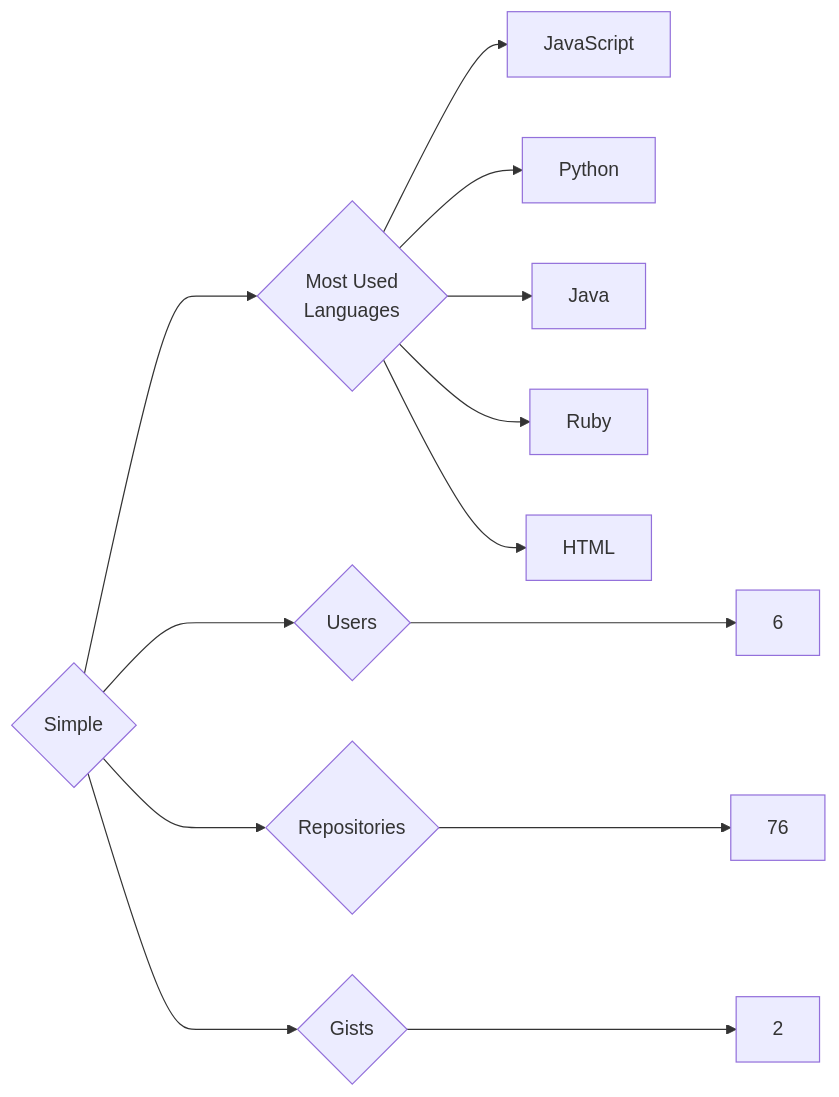
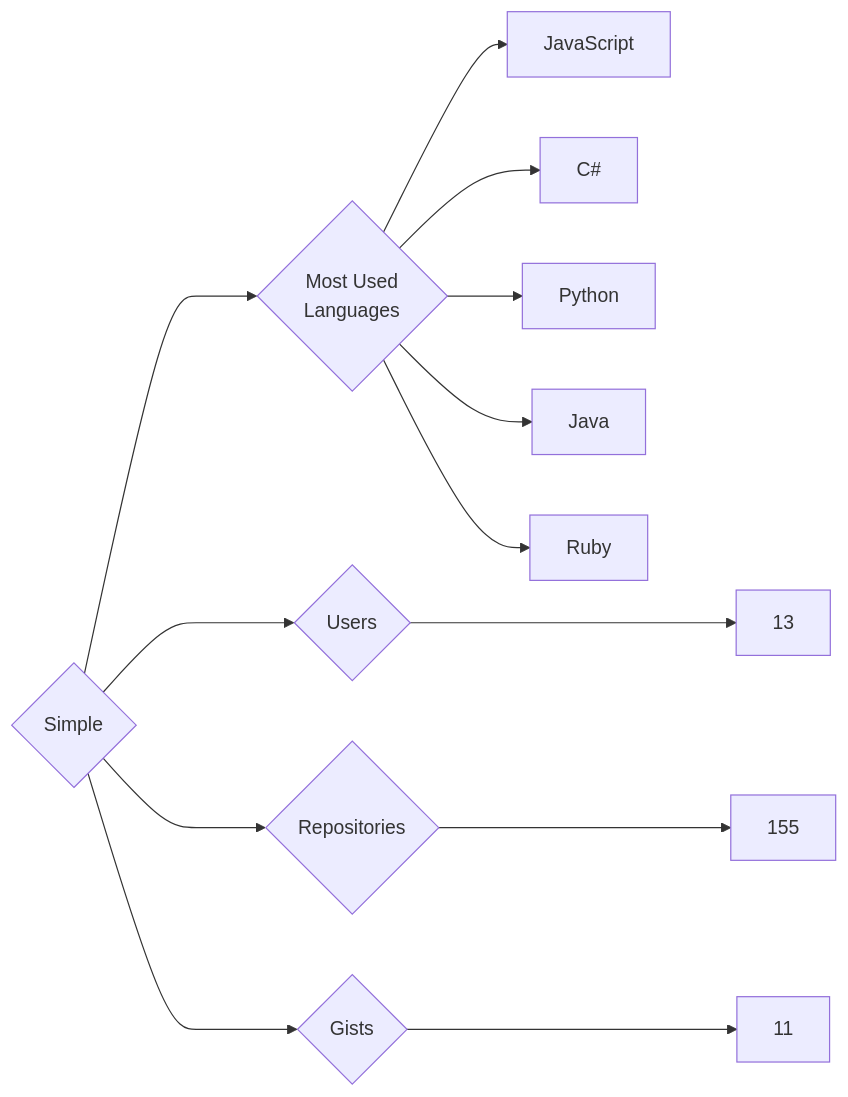
Before and after one commit to trickest/insiders: the diagram in targets/Simple/README.md, drawn with Mermaid. The commit also changed 794 other files, not shown here.

````diff
--- a/targets/Simple/README.md
+++ b/targets/Simple/README.md
@@ -3,13 +3,13 @@
 ```mermaid
 graph LR
 COMPANY_NAME{Simple}
-COMPANY_NAME ---> U{Users} ---> UN[6]
-COMPANY_NAME ---> R{Repositories} ---> RN[76]
-COMPANY_NAME ---> G{Gists} ---> GN[2]
+COMPANY_NAME ---> U{Users} ---> UN[13]
+COMPANY_NAME ---> R{Repositories} ---> RN[155]
+COMPANY_NAME ---> G{Gists} ---> GN[11]
 COMPANY_NAME ---> ML{Most Used<br>Languages}
 ML --> JavaScript[JavaScript]
+ML --> C#[C#]
 ML --> Python[Python]
 ML --> Java[Java]
 ML --> Ruby[Ruby]
-ML --> HTML[HTML]
 ```
````
